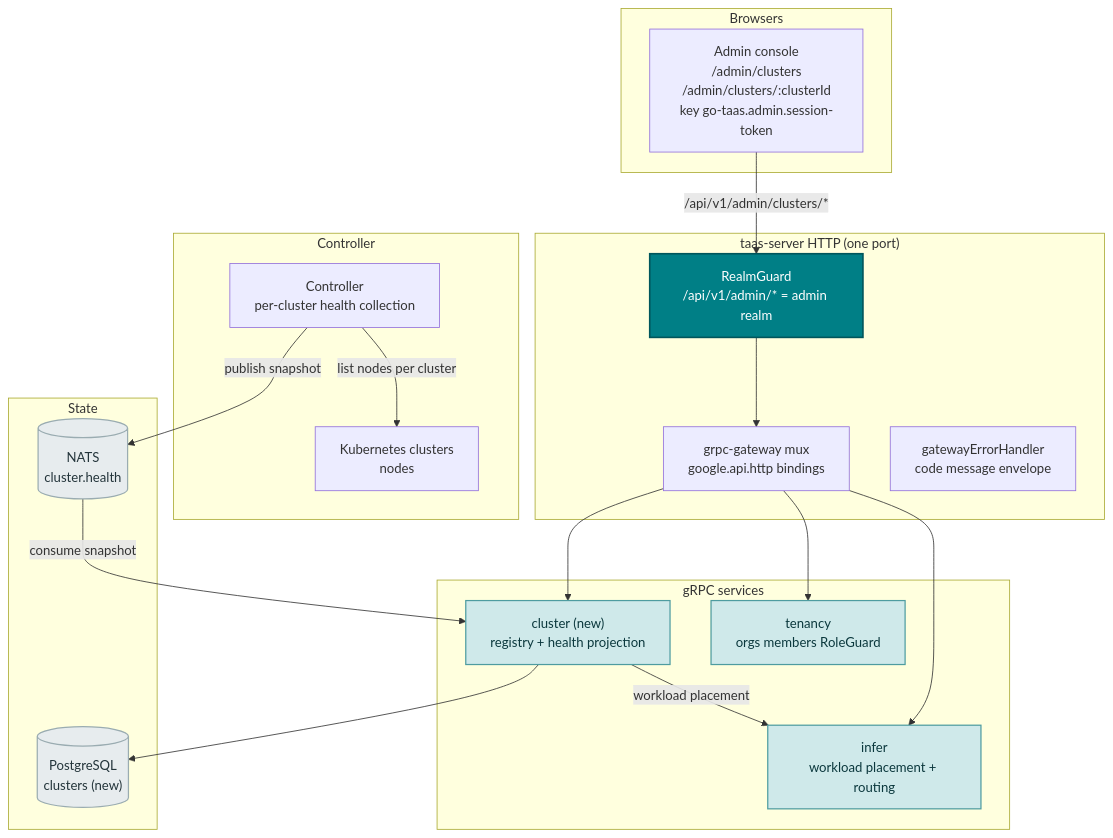
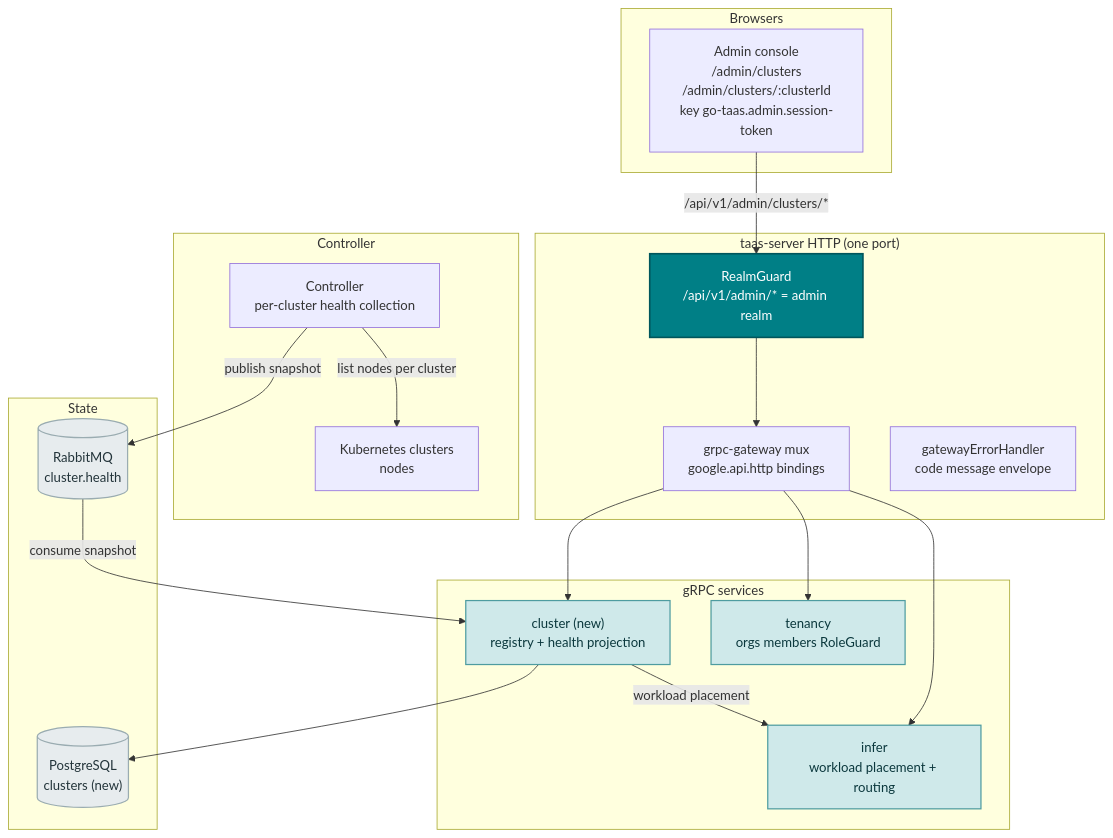
The first of 3 diagrams in site/docs/architecture/multi-cluster-management.md (go-taas/go-taas), drawn with Mermaid before and after one commit. The commit also changed 35 other files, not shown here.

First line of the commit message:
docs: replace NATS with RabbitMQ across docs

````diff
--- a/site/docs/architecture/multi-cluster-management.md
+++ b/site/docs/architecture/multi-cluster-management.md
@@ -63,46 +63,46 @@
 ```mermaid
 flowchart TD
     subgraph browsers["Browsers"]
         AC["Admin console<br/>/admin/clusters<br/>/admin/clusters/:clusterId<br/>key go-taas.admin.session-token"]
     end
 
     subgraph gateway["taas-server HTTP (one port)"]
         GUARD["RealmGuard<br/>/api/v1/admin/* = admin realm"]
         MUX["grpc-gateway mux<br/>google.api.http bindings"]
         ERR["gatewayErrorHandler<br/>code message envelope"]
     end
 
     subgraph services["gRPC services"]
         CL["cluster (new)<br/>registry + health projection"]
         INF["infer<br/>workload placement + routing"]
         TENA["tenancy<br/>orgs members RoleGuard"]
     end
 
     subgraph ctrl["Controller"]
         CTRL["Controller<br/>per-cluster health collection"]
         K8S["Kubernetes clusters<br/>nodes"]
     end
 
     subgraph stores["State"]
-        MQ[("NATS<br/>cluster.health")]
+        MQ[("RabbitMQ<br/>cluster.health")]
         PG[("PostgreSQL<br/>clusters (new)")]
     end
 
     AC -->|"/api/v1/admin/clusters/*"| GUARD
     GUARD --> MUX
     MUX --> CL
     MUX --> INF
     MUX --> TENA
     CL --> PG
     CL -->|"workload placement"| INF
     CTRL -->|"list nodes per cluster"| K8S
     CTRL -->|"publish snapshot"| MQ
     MQ -->|"consume snapshot"| CL
     classDef edge fill:#007F86,stroke:#00565C,stroke-width:2px,color:#FFFFFF
     classDef svc fill:#CFE9EA,stroke:#4E9CA0,stroke-width:1.5px,color:#0B383D
     classDef store fill:#E7ECEE,stroke:#9AACB1,stroke-width:1.5px,color:#23343A
     class AC consumer
     class GUARD edge
     class CL,INF,TENA svc
     class MQ,PG store
 ```
````
